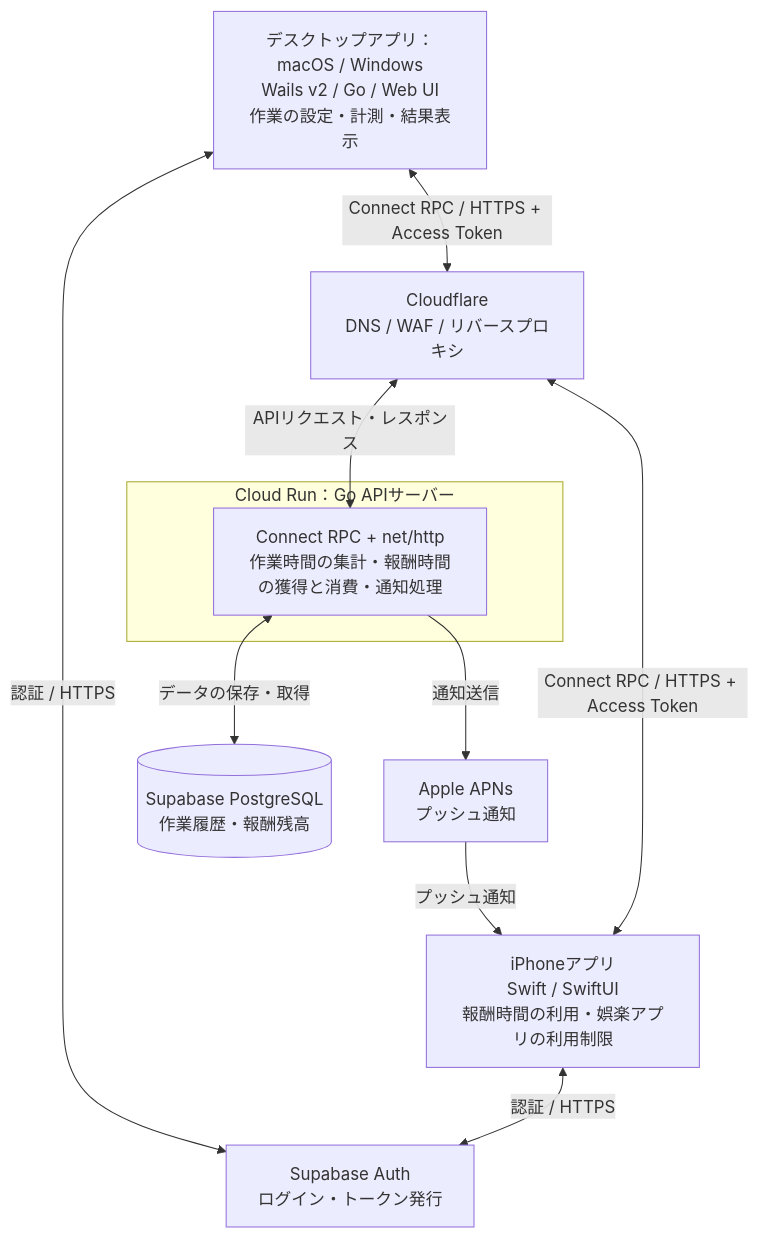
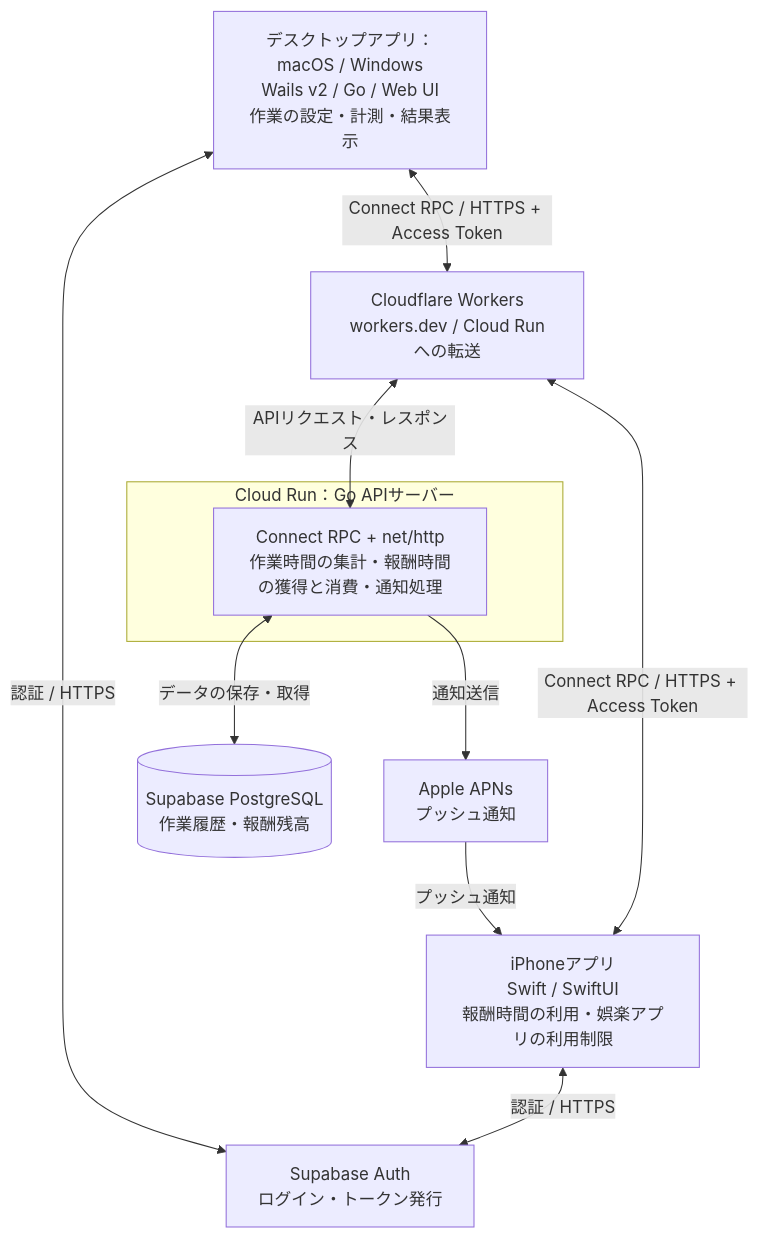
One commit to jphacks/tkb_2622 changed the diagram in docs/spec/5.プロダクト全体像.md. Above: the diagram before and after it, drawn with Mermaid. The commit also changed other lines of this file and 43 other files, not shown here.

````diff
--- a/docs/spec/5.プロダクト全体像.md
+++ b/docs/spec/5.プロダクト全体像.md
@@ -13,23 +13,23 @@
 ```mermaid
 flowchart TB
     desktop["デスクトップアプリ：macOS / Windows<br/>Wails v2 / Go / Web UI<br/>作業の設定・計測・結果表示"]
     iphone["iPhoneアプリ<br/>Swift / SwiftUI<br/>報酬時間の利用・娯楽アプリの利用制限"]
-    cloudflare["Cloudflare<br/>DNS / WAF / リバースプロキシ"]
+    cloudflare["Cloudflare Workers<br/>workers.dev / Cloud Runへの転送"]
 
     subgraph backend["Cloud Run：Go APIサーバー"]
         api["Connect RPC + net/http<br/>作業時間の集計・報酬時間の獲得と消費・通知処理"]
     end
 
     auth["Supabase Auth<br/>ログイン・トークン発行"]
     db[("Supabase PostgreSQL<br/>作業履歴・報酬残高")]
     apns["Apple APNs<br/>プッシュ通知"]
 
     desktop <-->|"認証 / HTTPS"| auth
     iphone <-->|"認証 / HTTPS"| auth
     desktop <-->|"Connect RPC / HTTPS + Access Token"| cloudflare
     iphone <-->|"Connect RPC / HTTPS + Access Token"| cloudflare
     cloudflare <-->|"APIリクエスト・レスポンス"| api
     api <-->|"データの保存・取得"| db
     api -->|"通知送信"| apns
     apns -->|"プッシュ通知"| iphone
 ```
````
